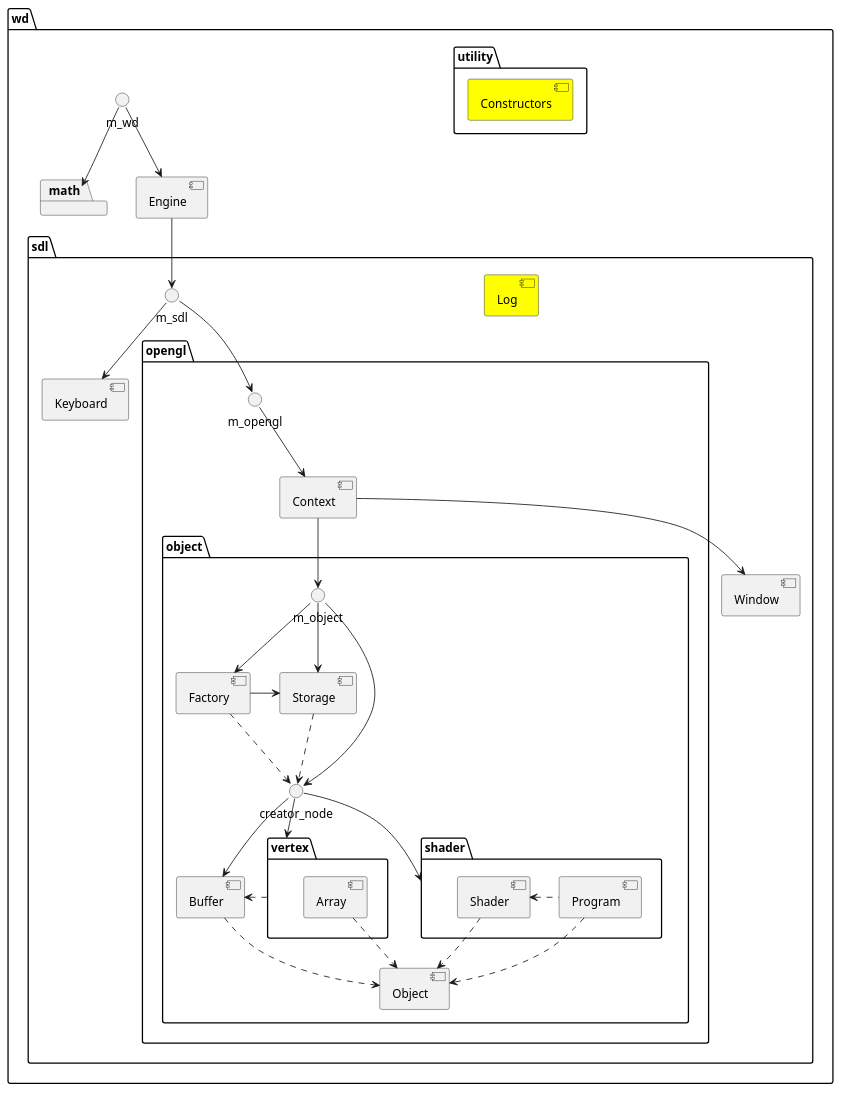
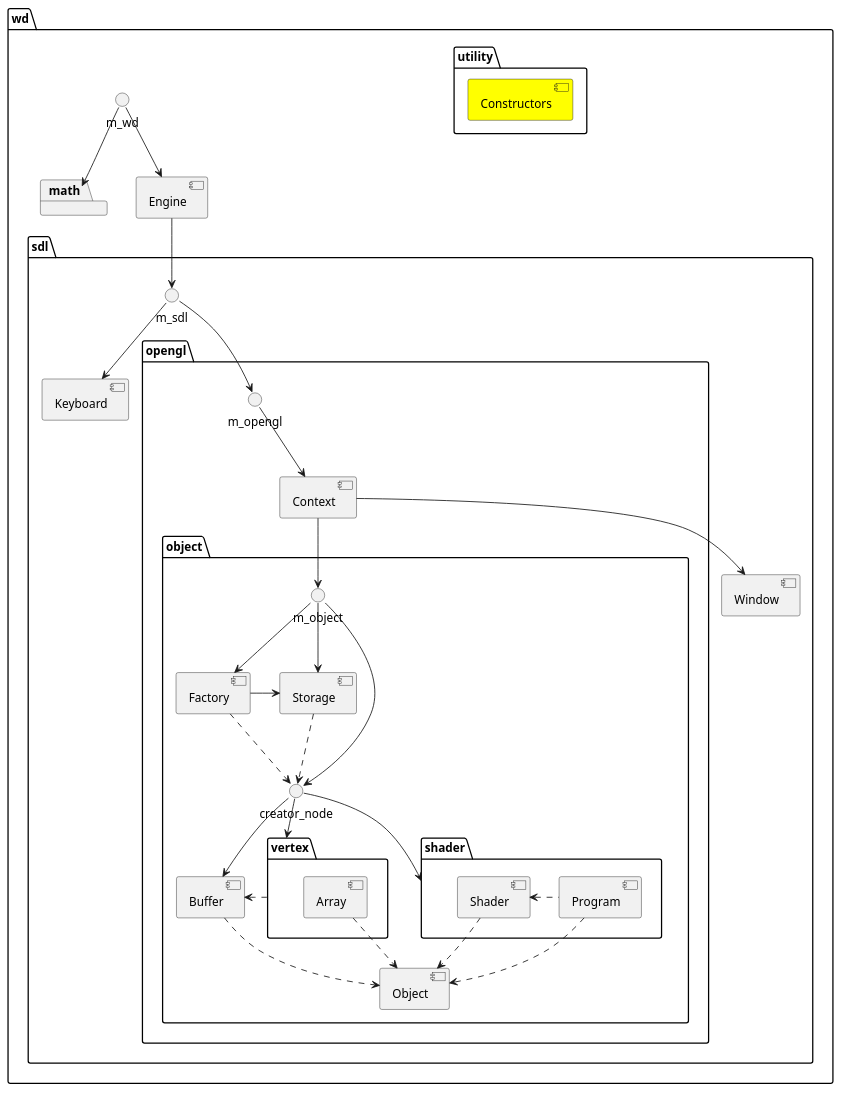
Before and after one commit to Windings-Lab/SDL3: the diagram in docs/components.puml, drawn with PlantUML.

Commit message:
Updated UML

```diff
--- a/docs/components.puml
+++ b/docs/components.puml
@@ -1,53 +1,52 @@
 @startuml
 
 package "wd" {
     package math
     package utility {
         [Constructors] #Yellow
     }
     package sdl {
         [Keyboard]
-        [Log] #Yellow
         [Window]
         package opengl {
             package "object" {
                 [Object]
                 [Buffer]
                 [Factory]
                 [Storage]
                 package vertex {
                     [Array]
                     [Array] ..> [Object]
                     vertex .left.> [Buffer]
                 }
                 package shader {
                     [Shader]
                     [Program]
                     [Shader] ..> [Object]
                     [Program] ..> [Object]
                     [Program] .left.> [Shader]
                 }
                 [Factory] -right-> [Storage]
                 [Factory] ..> creator_node
                 [Storage] ..> creator_node
                 [Buffer] ..> [Object]
                 creator_node --> [Buffer]
                 creator_node --> shader
                 creator_node --> vertex
                 m_object --> creator_node
                 m_object --> [Factory]
                 m_object --> [Storage]
             }
             [Context] --> m_object
             [Context] --> [Window]
             m_opengl --> [Context]
         }
         m_sdl --> [Keyboard]
         m_sdl --> m_opengl
     }
     m_wd --> [Engine]
     m_wd --> math
     [Engine] --> m_sdl
 }
 
 @enduml
```
